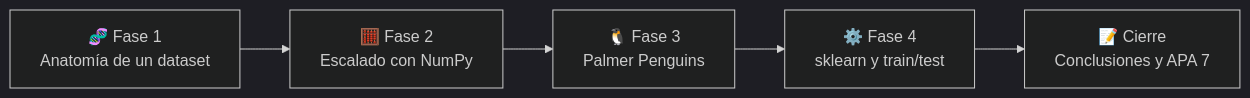
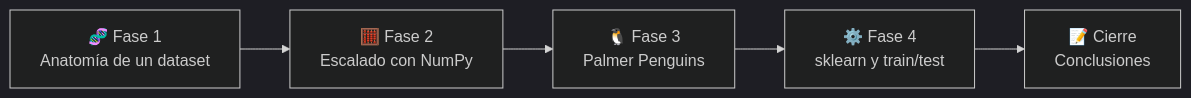
The diagram in README.md (xErnyx/Practica_2_Preprocesamiento_de_Datos), drawn with Mermaid (dark theme) before and after one commit.

Commit message:
Update conclusion section in README flowchart

````diff
--- a/README.md
+++ b/README.md
@@ -51,7 +51,7 @@
 ```mermaid
 flowchart LR
     A["🧬 Fase 1<br/>Anatomía de un dataset"] --> B["🧮 Fase 2<br/>Escalado con NumPy"]
     B --> C["🐧 Fase 3<br/>Palmer Penguins"]
     C --> D["⚙️ Fase 4<br/>sklearn y train/test"]
-    D --> E["📝 Cierre<br/>Conclusiones y APA 7"]
+    D --> E["📝 Cierre<br/>Conclusiones"]
 ```
````
